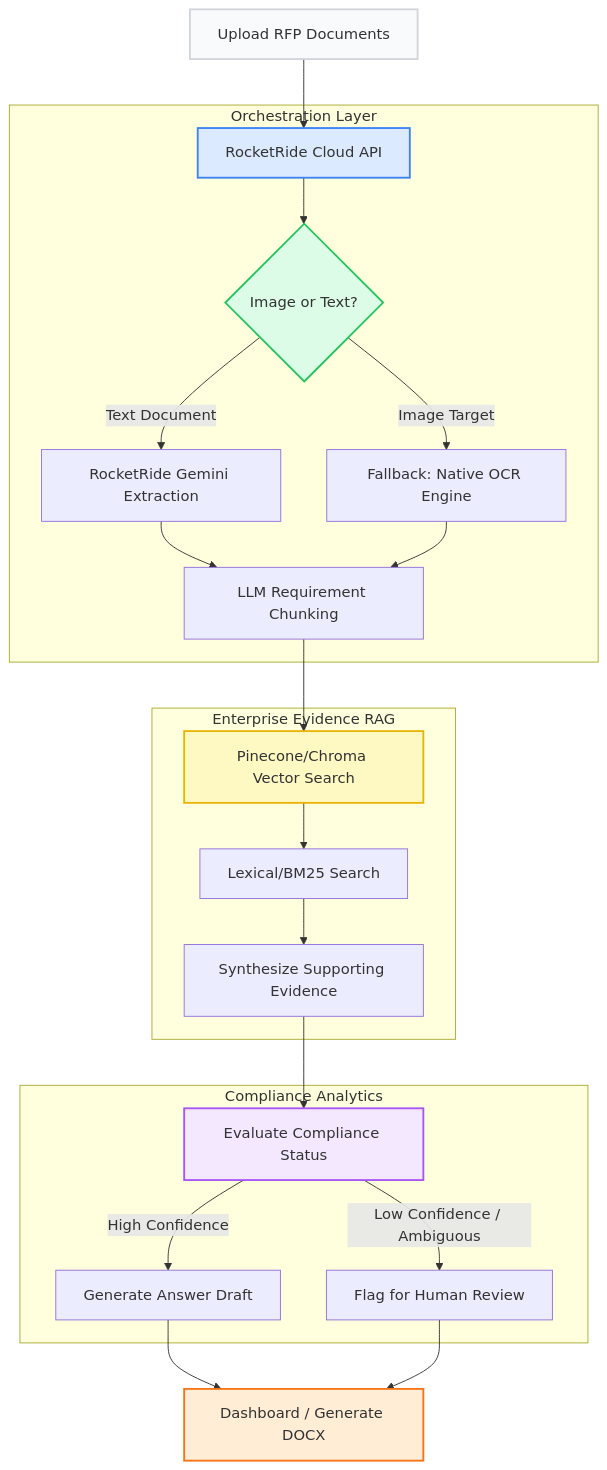
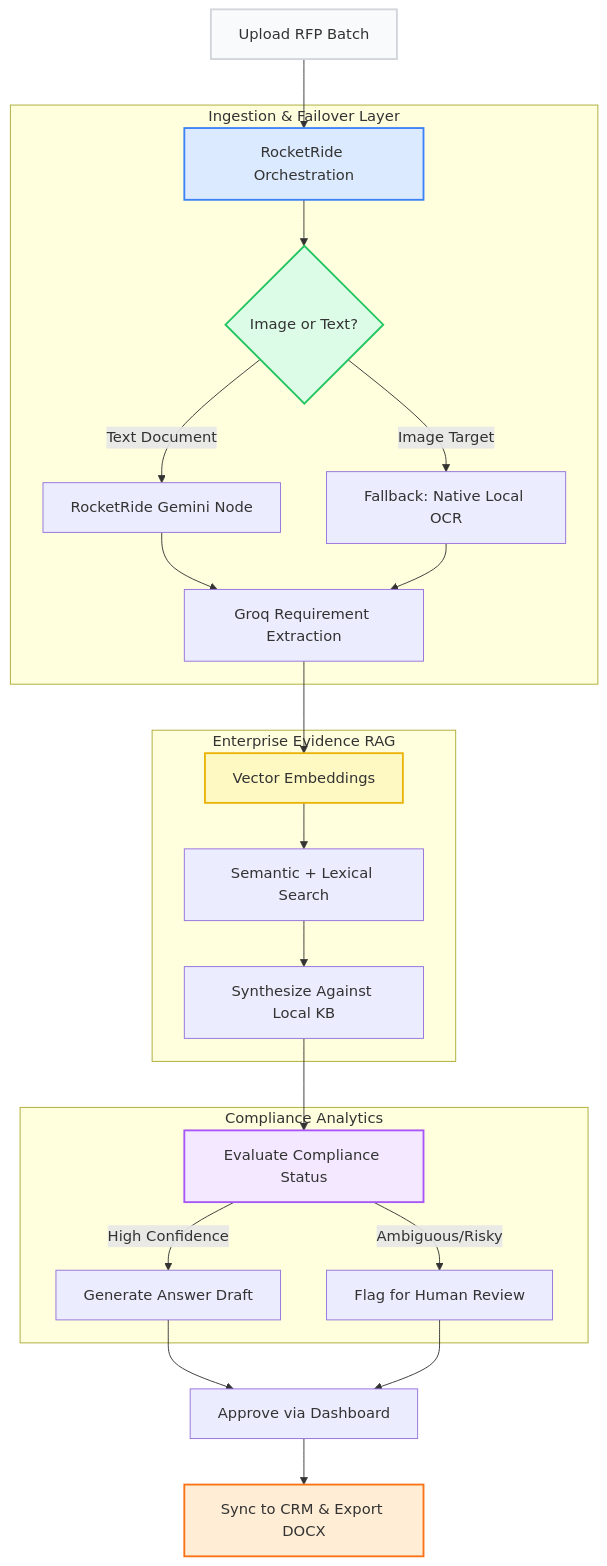
The diagram in README.md (Farheenaiml/Bid-Factory), drawn with Mermaid before and after one commit. The commit also changed other lines of this file, not shown here.

Commit message:
docs: deeply explain problem statement and rocketride pipeline flow for Team HackHer

````diff
--- a/README.md
+++ b/README.md
@@ -22,37 +32,38 @@
 ```mermaid
 graph TD
     %% Nodes
-    A[Upload RFP Documents] --> B[RocketRide Cloud API]
+    A[Upload RFP Batch] --> B[RocketRide Orchestration]
     
-    subgraph Orchestration Layer
+    subgraph Ingestion & Failover Layer
         B --> C{Image or Text?}
-        C -- Text Document --> D[RocketRide Gemini Extraction]
-        C -- Image Target --> E[Fallback: Native OCR Engine]
+        C -- Text Document --> D[RocketRide Gemini Node]
+        C -- Image Target --> E[Fallback: Native Local OCR]
         
-        D --> F[LLM Requirement Chunking]
+        D --> F[Groq Requirement Extraction]
         E --> F
     end
     
     subgraph Enterprise Evidence RAG
-        F --> G[Pinecone/Chroma Vector Search]
-        G --> H[Lexical/BM25 Search]
-        H --> I[Synthesize Supporting Evidence]
+        F --> G[Vector Embeddings]
+        G --> H[Semantic + Lexical Search]
+        H --> I[Synthesize Against Local KB]
     end
     
     subgraph Compliance Analytics
         I --> J[Evaluate Compliance Status]
         J -- "High Confidence" --> K[Generate Answer Draft]
-        J -- "Low Confidence / Ambiguous" --> L[Flag for Human Review]
+        J -- "Ambiguous/Risky" --> L[Flag for Human Review]
     end
     
-    K --> M[Dashboard / Generate DOCX]
+    K --> M[Approve via Dashboard]
     L --> M
+    M --> N[Sync to CRM & Export DOCX]
 
     %% Styling
     style A fill:#f9fafb,stroke:#d1d5db,stroke-width:2px
     style B fill:#dbeafe,stroke:#3b82f6,stroke-width:2px
     style C fill:#dcfce7,stroke:#22c55e,stroke-width:2px
     style G fill:#fef9c3,stroke:#eab308,stroke-width:2px
     style J fill:#f3e8ff,stroke:#a855f7,stroke-width:2px
-    style M fill:#ffedd5,stroke:#f97316,stroke-width:2px
+    style N fill:#ffedd5,stroke:#f97316,stroke-width:2px
 ```
````
